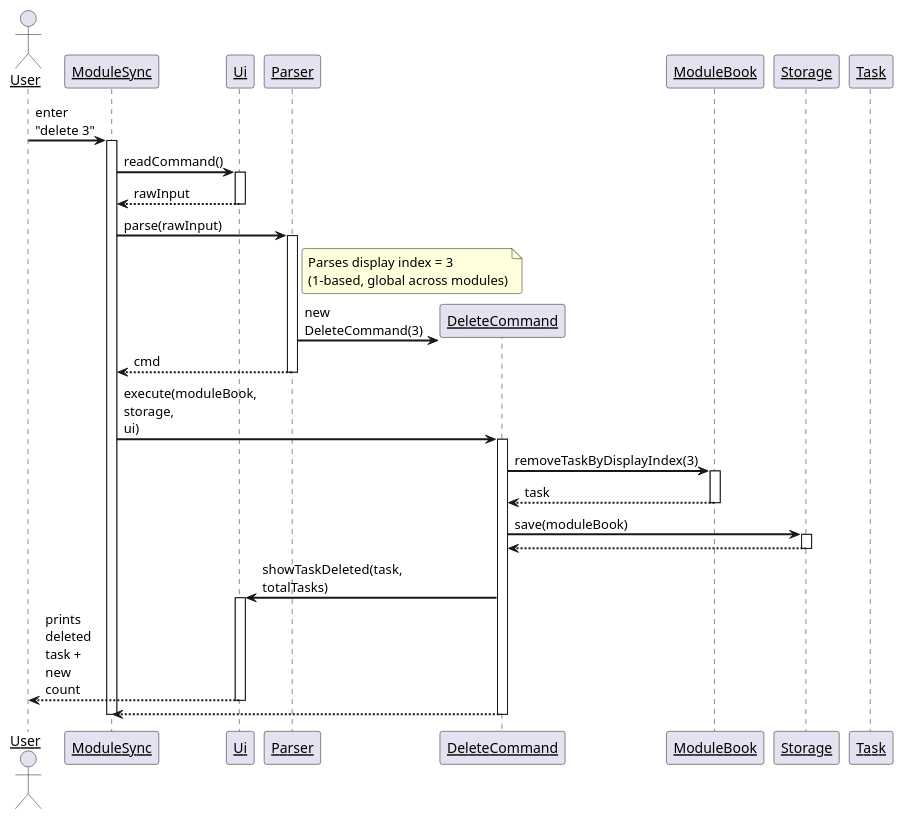
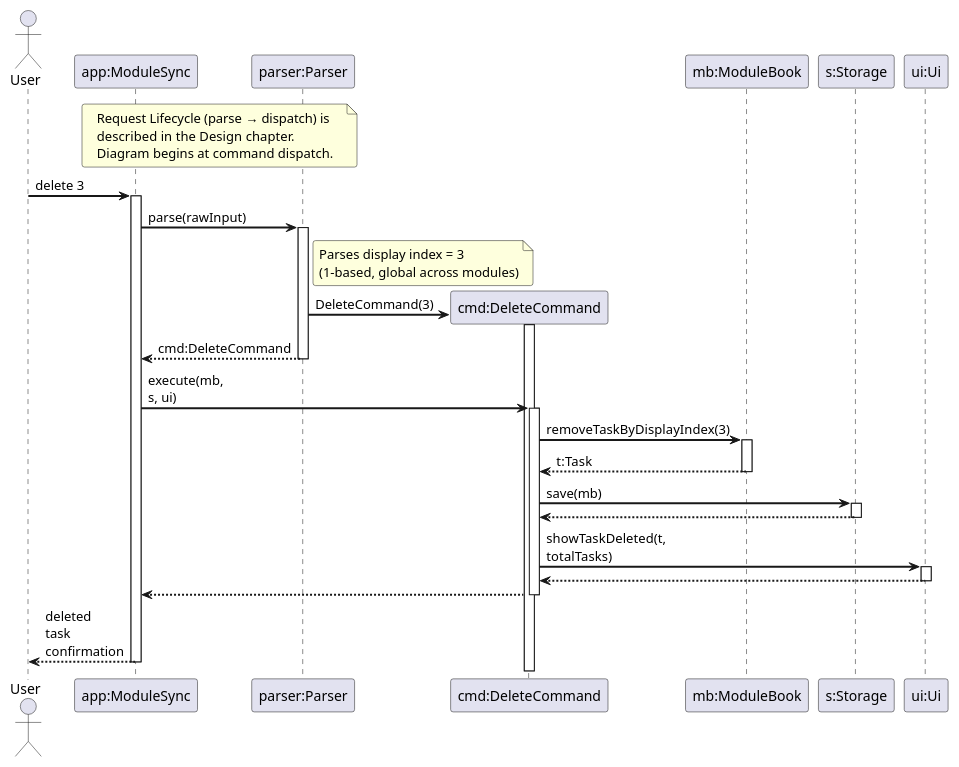
The diagram in docs/diagrams/DeleteTaskSequenceDiagram.puml (heeelol/tp), drawn with PlantUML before and after one commit. The commit also changed 28 other files, not shown here.

Commit message:
Revamp DG to remove redundant, repetitive diagrams subsumed into CommandArchitecture and rewrite implementation; and create SemesterLifecycle

```diff
--- a/docs/diagrams/DeleteTaskSequenceDiagram.puml
+++ b/docs/diagrams/DeleteTaskSequenceDiagram.puml
@@ -1,61 +1,64 @@
 @startuml DeleteTaskSequenceDiagram
 
 skinparam sequenceArrowThickness 2
 skinparam roundcorner 5
 skinparam maxmessagesize 60
-skinparam sequenceParticipant underline
 
 Actor User as user
-Participant "ModuleSync" as app
-Participant "Ui" as ui
-Participant "Parser" as parser
-Participant "DeleteCommand" as cmd
-Participant "ModuleBook" as moduleBook
-Participant "Storage" as storage
-Participant "Task" as task
+Participant "app:ModuleSync" as app
+Participant "parser:Parser" as parser
+Participant "cmd:DeleteCommand" as cmd
+Participant "mb:ModuleBook" as moduleBook
+Participant "s:Storage" as storage
+Participant "ui:Ui" as ui
 
-user -> app : enter "delete 3"
+note over app, parser
+  Request Lifecycle (parse → dispatch) is
+  described in the Design chapter.
+  Diagram begins at command dispatch.
+end note
+
+user -> app : delete 3
 activate app
-
-app -> ui : readCommand()
-activate ui
-ui --> app : rawInput
-deactivate ui
 
 app -> parser : parse(rawInput)
 activate parser
 
 note right of parser
   Parses display index = 3
   (1-based, global across modules)
 end note
 
 create cmd
-parser -> cmd : new DeleteCommand(3)
-parser --> app : cmd
+parser -> cmd : DeleteCommand(3)
+activate cmd
+deactivate cmd
+
+parser --> app : cmd:DeleteCommand
 deactivate parser
 
-app -> cmd : execute(moduleBook, storage, ui)
+app -> cmd : execute(mb, s, ui)
 activate cmd
 
 cmd -> moduleBook : removeTaskByDisplayIndex(3)
 activate moduleBook
-moduleBook --> cmd : task
+moduleBook --> cmd : t:Task
 deactivate moduleBook
 
-cmd -> storage : save(moduleBook)
+cmd -> storage : save(mb)
 activate storage
 storage --> cmd
 deactivate storage
 
-cmd -> ui : showTaskDeleted(task, totalTasks)
+cmd -> ui : showTaskDeleted(t, totalTasks)
 activate ui
-ui --> user : prints deleted task + new count
+ui --> cmd
 deactivate ui
 
 cmd --> app
 deactivate cmd
 
+app --> user : deleted task confirmation
 deactivate app
 
 @enduml
```
